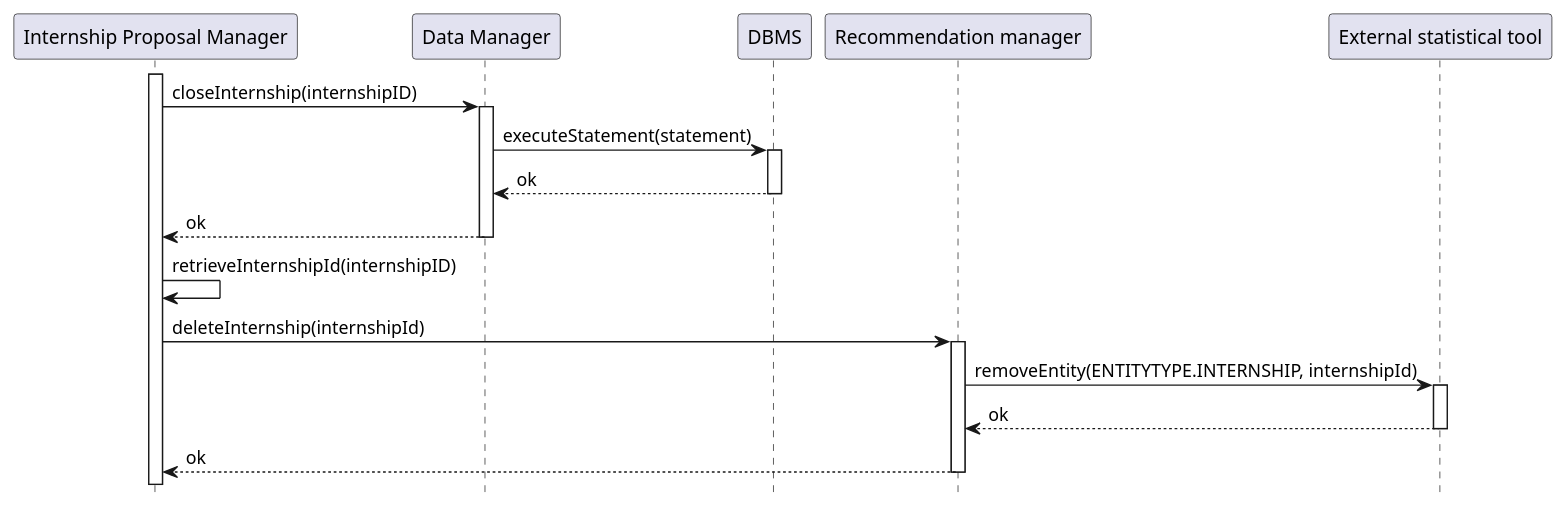
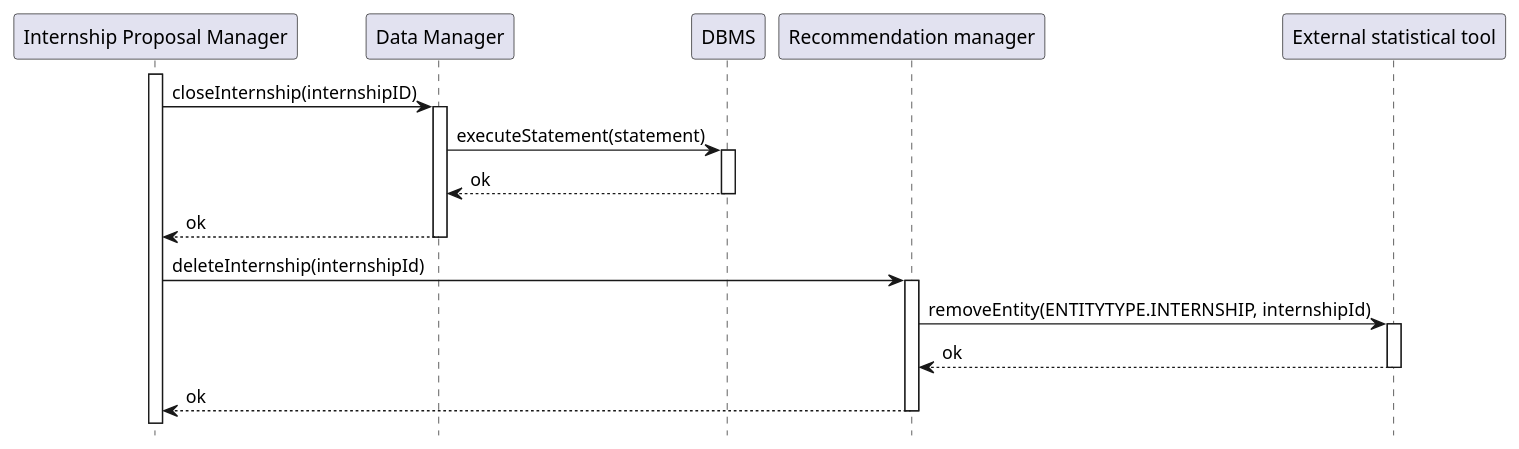
Before and after one commit to matti8702/R_and_DD_project_SE2: the diagram in DD/Architectural_design/uml_diagrams/RV29_diagram.puml, drawn with PlantUML.

Commit message:
fix: remove function to retrieve internship info

```diff
--- a/DD/Architectural_design/uml_diagrams/RV29_diagram.puml
+++ b/DD/Architectural_design/uml_diagrams/RV29_diagram.puml
@@ -1,28 +1,27 @@
 @startuml RV29
 hide footbox
 
 participant "Internship Proposal Manager" as IM
 participant "Data Manager" as DM
 participant "DBMS" as DB
 participant "Recommendation manager" as RM
 participant "External statistical tool" as ESAT
 
 activate IM
 IM -> DM   : closeInternship(internshipID)
 activate DM
 DM -> DB   : executeStatement(statement)
 activate DB
 DB --> DM  : ok
 deactivate DB
 DM --> IM  : ok
 deactivate DM
-IM -> IM   : retrieveInternshipId(internshipID)
 IM -> RM   : deleteInternship(internshipId)
 activate RM
 RM -> ESAT   : removeEntity(ENTITYTYPE.INTERNSHIP, internshipId)
 activate ESAT
 ESAT --> RM : ok
 deactivate ESAT
 RM --> IM  : ok
 deactivate RM
 @enduml
```
